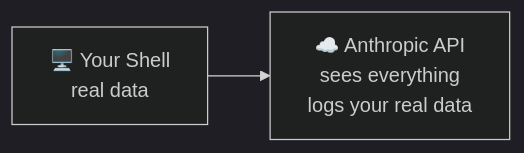
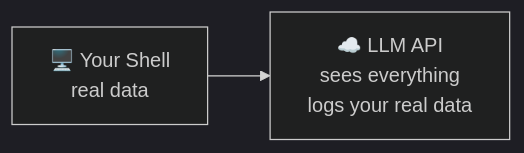
Before and after one commit to jaimegk/ProxIA: the fourth of 5 diagrams in README.md, drawn with Mermaid (dark theme). The commit also changed other lines of this file, not shown here.

First line of the commit message:
docs(readme): provider-agnostic diagrams, local quickstart, merge anti-cloud sections, add providers to docs table

````diff
--- a/README.md
+++ b/README.md
@@ -76,4 +69,4 @@
 ```mermaid
 flowchart LR
-    s2["🖥️ Your Shell\nreal data"] --> c1["☁️ Anthropic API\nsees everything\nlogs your real data"]
+    s2["🖥️ Your Shell\nreal data"] --> c1["☁️ LLM API\nsees everything\nlogs your real data"]
 ```
````
